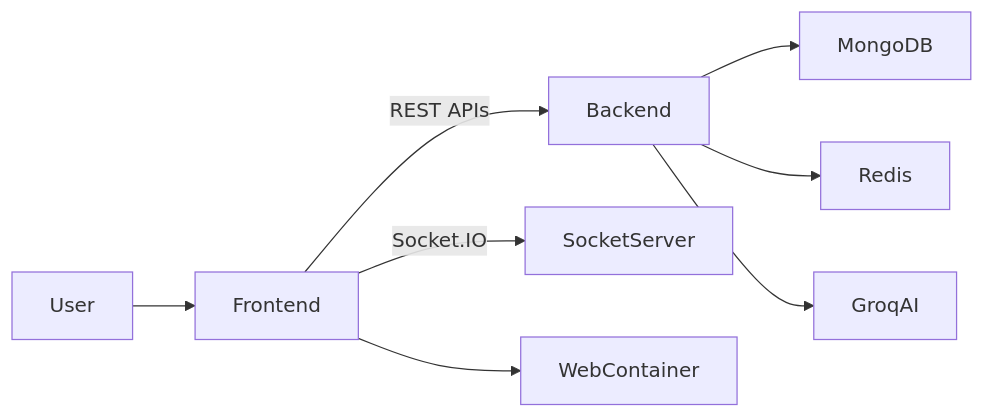
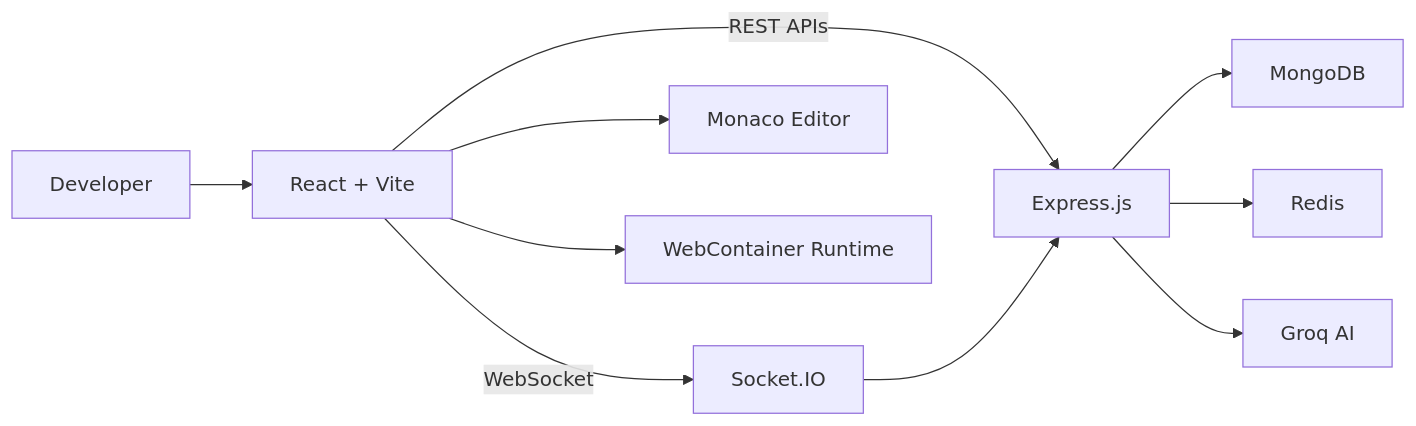
The first of 8 diagrams in README.md (Jitendra-Kumar123/Soen--AI-Software-Engineer), drawn with Mermaid before and after one commit. The commit also changed other lines of this file, not shown here.

Commit message:
Improving Architecture

````diff
--- a/README.md
+++ b/README.md
@@ -163,17 +163,23 @@
 ```mermaid
 flowchart LR
 
-User --> Frontend
+User["Developer"]
 
-Frontend -->|REST APIs| Backend
+User --> Frontend["React + Vite"]
 
-Frontend -->|Socket.IO| SocketServer
+Frontend -->|REST APIs| Backend["Express.js"]
 
-Backend --> MongoDB
+Frontend -->|WebSocket| Socket["Socket.IO"]
 
-Backend --> Redis
+Backend --> Mongo["MongoDB"]
 
-Backend --> GroqAI
+Backend --> Redis["Redis"]
 
-Frontend --> WebContainer
+Backend --> Groq["Groq AI"]
+
+Frontend --> Monaco["Monaco Editor"]
+
+Frontend --> WebContainer["WebContainer Runtime"]
+
+Socket --> Backend
 ```
````
